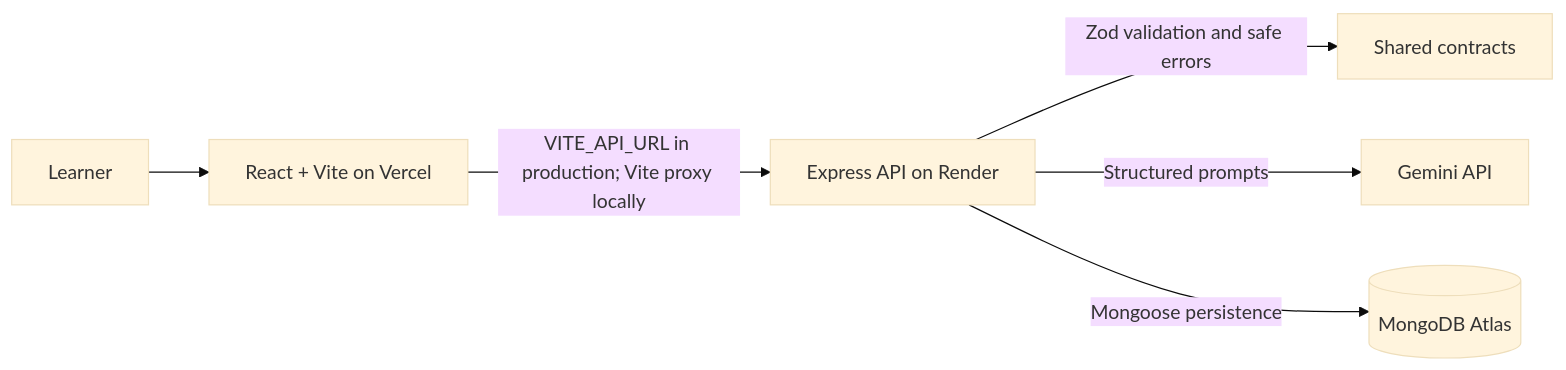
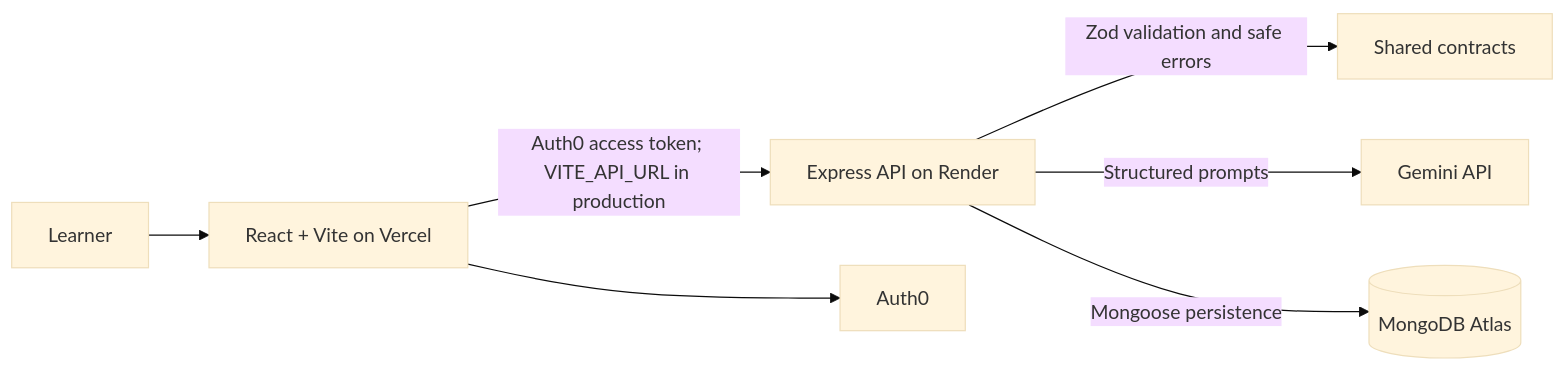
One commit to Namitsai19082005/Cognify changed the diagram in docs/architecture.md. Above: the diagram before and after it, drawn with Mermaid (base theme). The commit also changed other lines of this file and 7 other files, not shown here.

````diff
--- a/docs/architecture.md
+++ b/docs/architecture.md
@@ -5,8 +5,9 @@
 ```mermaid
 flowchart LR
   Learner --> Client[React + Vite on Vercel]
-  Client -->|VITE_API_URL in production; Vite proxy locally| API[Express API on Render]
+  Client -->|Auth0 access token; VITE_API_URL in production| API[Express API on Render]
+  Client --> Auth0[Auth0]
   API -->|Zod validation and safe errors| Shared[Shared contracts]
   API -->|Structured prompts| Gemini[Gemini API]
   API -->|Mongoose persistence| Mongo[(MongoDB Atlas)]
 ```
````
